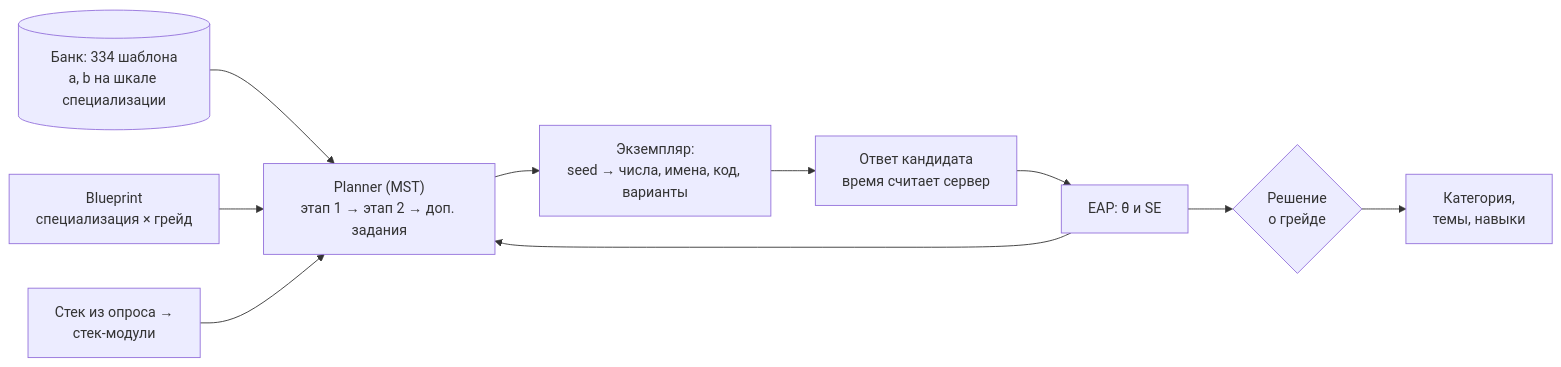
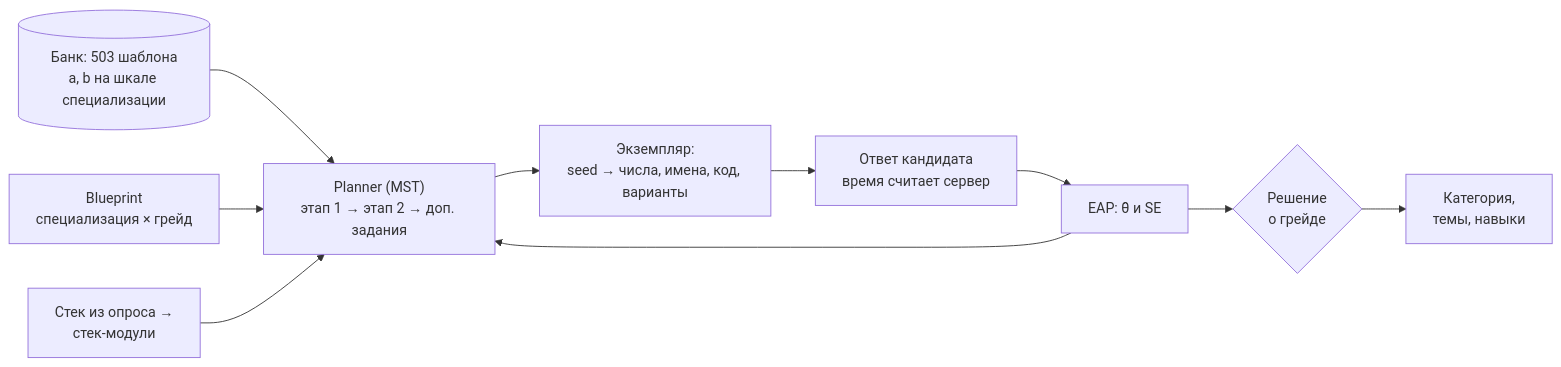
The diagram in docs/testing.md (bojlahg/FSP_ITVacancyAggregator), drawn with Mermaid before and after one commit. The commit also changed other lines of this file and 10 other files, not shown here.

````diff
--- a/docs/testing.md
+++ b/docs/testing.md
@@ -14,12 +14,12 @@
 ```mermaid
 flowchart LR
-  bank[("Банк: 334 шаблона<br/>a, b на шкале специализации")] --> plan
+  bank[("Банк: 503 шаблона<br/>a, b на шкале специализации")] --> plan
   bp["Blueprint<br/>специализация × грейд"] --> plan
   stack["Стек из опроса →<br/>стек-модули"] --> plan
   plan["Planner (MST)<br/>этап 1 → этап 2 → доп. задания"] --> inst["Экземпляр:<br/>seed → числа, имена, код, варианты"]
   inst --> ans["Ответ кандидата<br/>время считает сервер"]
   ans --> eap["EAP: θ̂ и SE"]
   eap --> plan
   eap --> dec{"Решение<br/>о грейде"}
   dec --> cat["Категория,<br/>темы, навыки"]
 ```
````
